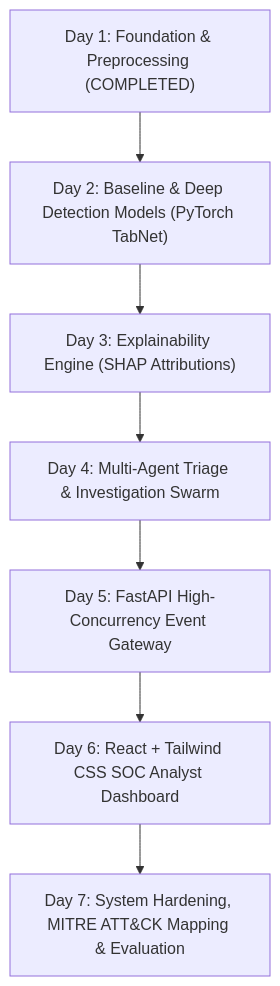
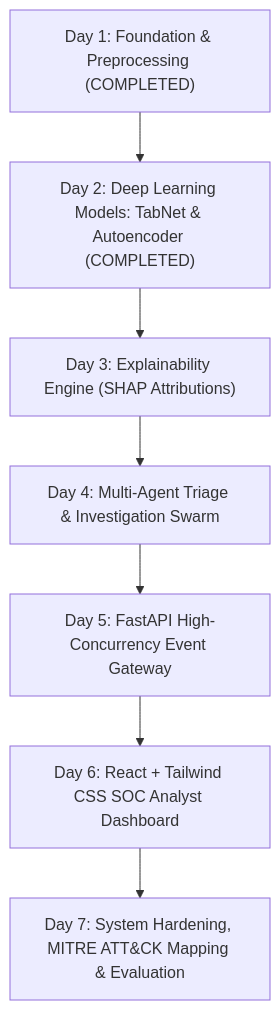
Before and after one commit to sominenivenumadhava/CyberSentinal: the diagram in docs/PROJECT_TRACKER.md, drawn with Mermaid. The commit also changed other lines of this file and 53 other files, not shown here.

Commit message:
feat: complete Day 2 deep learning development with TabNet and Autoencoder models

````diff
--- a/docs/PROJECT_TRACKER.md
+++ b/docs/PROJECT_TRACKER.md
@@ -29,9 +29,9 @@
 ```mermaid
 flowchart TD
-    D1["Day 1: Foundation & Preprocessing (COMPLETED)"] --> D2["Day 2: Baseline & Deep Detection Models (PyTorch TabNet)"]
+    D1["Day 1: Foundation & Preprocessing (COMPLETED)"] --> D2["Day 2: Deep Learning Models: TabNet & Autoencoder (COMPLETED)"]
     D2 --> D3["Day 3: Explainability Engine (SHAP Attributions)"]
     D3 --> D4["Day 4: Multi-Agent Triage & Investigation Swarm"]
     D4 --> D5["Day 5: FastAPI High-Concurrency Event Gateway"]
     D5 --> D6["Day 6: React + Tailwind CSS SOC Analyst Dashboard"]
     D6 --> D7["Day 7: System Hardening, MITRE ATT&CK Mapping & Evaluation"]
 ```
````
